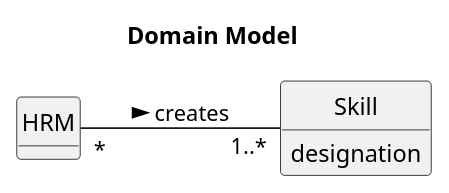
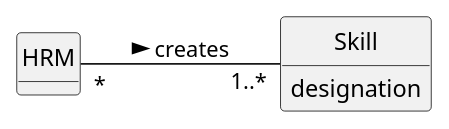
The diagram in docs/sprintA/us001/02.analysis/puml/us001-domain-model.puml (ricardomm7/leaflink), drawn with PlantUML before and after one commit. The commit also changed 19 other files, not shown here.

```diff
--- a/docs/sprintA/us001/02.analysis/puml/us001-domain-model.puml
+++ b/docs/sprintA/us001/02.analysis/puml/us001-domain-model.puml
@@ -1,22 +1,21 @@
 @startuml
 skinparam monochrome true
 skinparam packageStyle rectangle
 skinparam shadowing false
 
 left to right direction
 
 skinparam classAttributeIconSize 0
 
 hide circle
 hide methods
 
-title Domain Model
 class HRM {
 
 }
 class Skill {
     designation
 }
 
 HRM "*" -- "1..*" Skill : creates >
 @enduml
```
